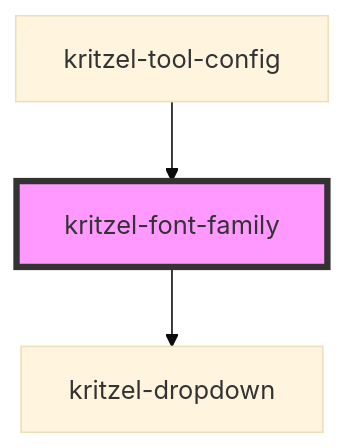
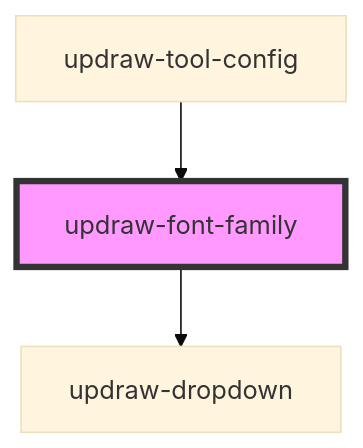
One commit to kasual1/kritzel changed the diagram in libs/editor/core/src/components/updraw-font-family/readme.md. Above: the diagram before and after it, drawn with Mermaid (base theme). The commit also changed other lines of this file and 1129 other files, not shown here.

First line of the commit message:
Replace kritzel with updraw across the codebase

````diff
--- a/libs/editor/core/src/components/updraw-font-family/readme.md
+++ b/libs/editor/core/src/components/updraw-font-family/readme.md
@@ -34,6 +34,6 @@
 ```mermaid
 graph TD;
-  kritzel-font-family --> kritzel-dropdown
-  kritzel-tool-config --> kritzel-font-family
-  style kritzel-font-family fill:#f9f,stroke:#333,stroke-width:4px
+  updraw-font-family --> updraw-dropdown
+  updraw-tool-config --> updraw-font-family
+  style updraw-font-family fill:#f9f,stroke:#333,stroke-width:4px
 ```
````
